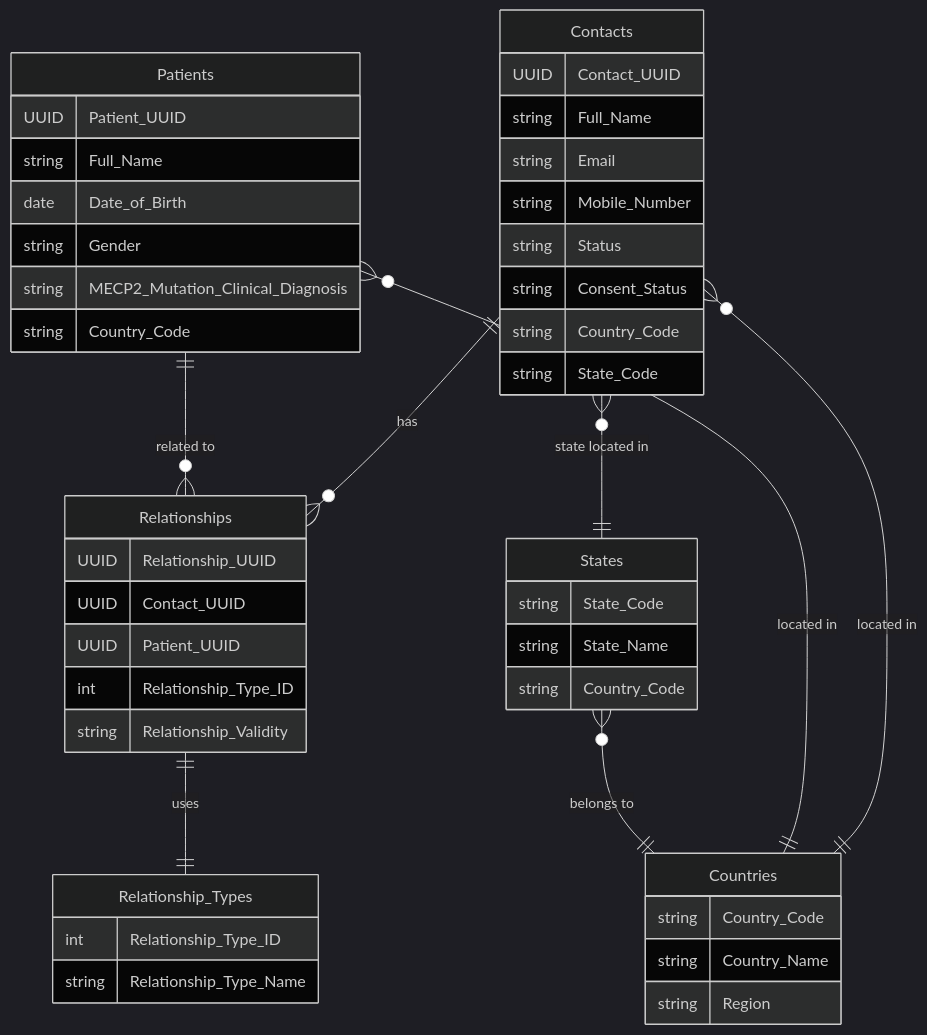
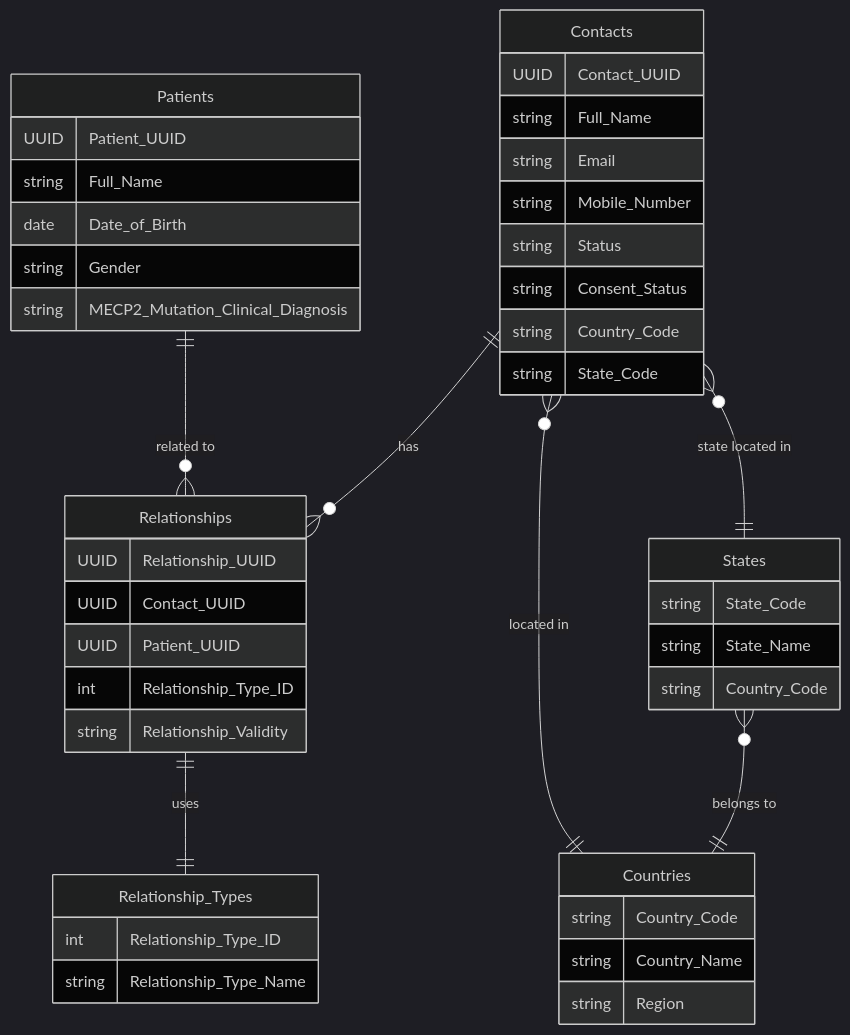
One commit to rett-europe/patient-registry changed the diagram in docs/05-DataModel.md. Above: the diagram before and after it, drawn with Mermaid (dark theme). The commit also changed other lines of this file and 2 other files, not shown here.

Commit message:
Correct datamodel

````diff
--- a/docs/05-DataModel.md
+++ b/docs/05-DataModel.md
@@ -12,55 +12,53 @@
 ```mermaid
 erDiagram
     Contacts {
         UUID Contact_UUID
         string Full_Name
         string Email
         string Mobile_Number
         string Status
         string Consent_Status
         string Country_Code
         string State_Code
     }
 
     Patients {
         UUID Patient_UUID
         string Full_Name
         date Date_of_Birth
         string Gender
         string MECP2_Mutation_Clinical_Diagnosis
-        string Country_Code
     }
 
     Relationships {
         UUID Relationship_UUID
         UUID Contact_UUID
         UUID Patient_UUID
         int Relationship_Type_ID
         string Relationship_Validity
     }
 
     Countries {
         string Country_Code
         string Country_Name
         string Region
     }
 
     States {
         string State_Code
         string State_Name
         string Country_Code
     }
 
     Relationship_Types {
         int Relationship_Type_ID
         string Relationship_Type_Name
     }
 
     Contacts ||--o{ Relationships : "has"
     Patients ||--o{ Relationships : "related to"
     Relationships ||--|| Relationship_Types : "uses"
     Contacts }o--|| Countries : "located in"
     Contacts }o--|| States : "state located in"
-    Patients }o--|| Countries : "located in"
     States }o--|| Countries : "belongs to"
 ```
````
